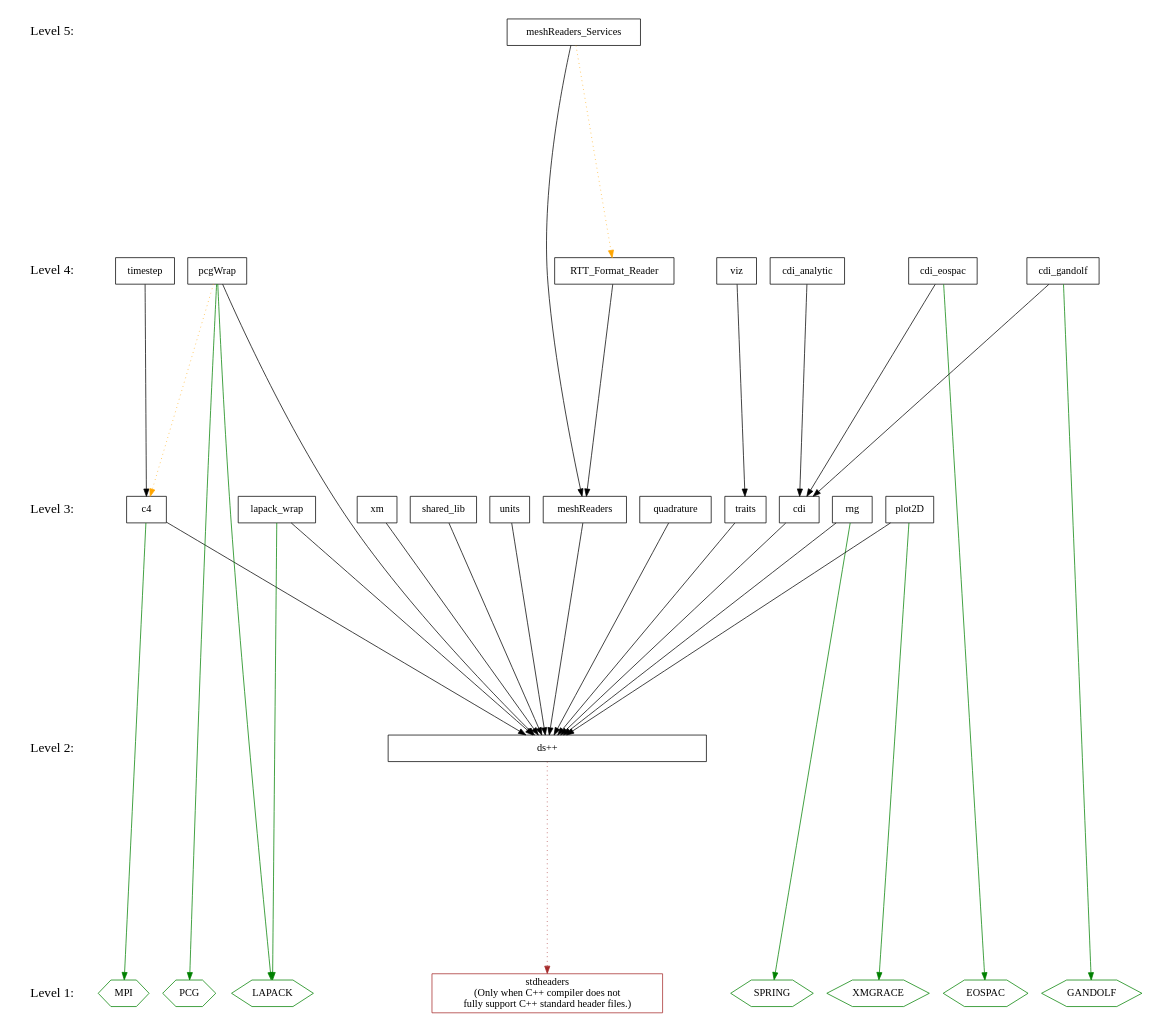
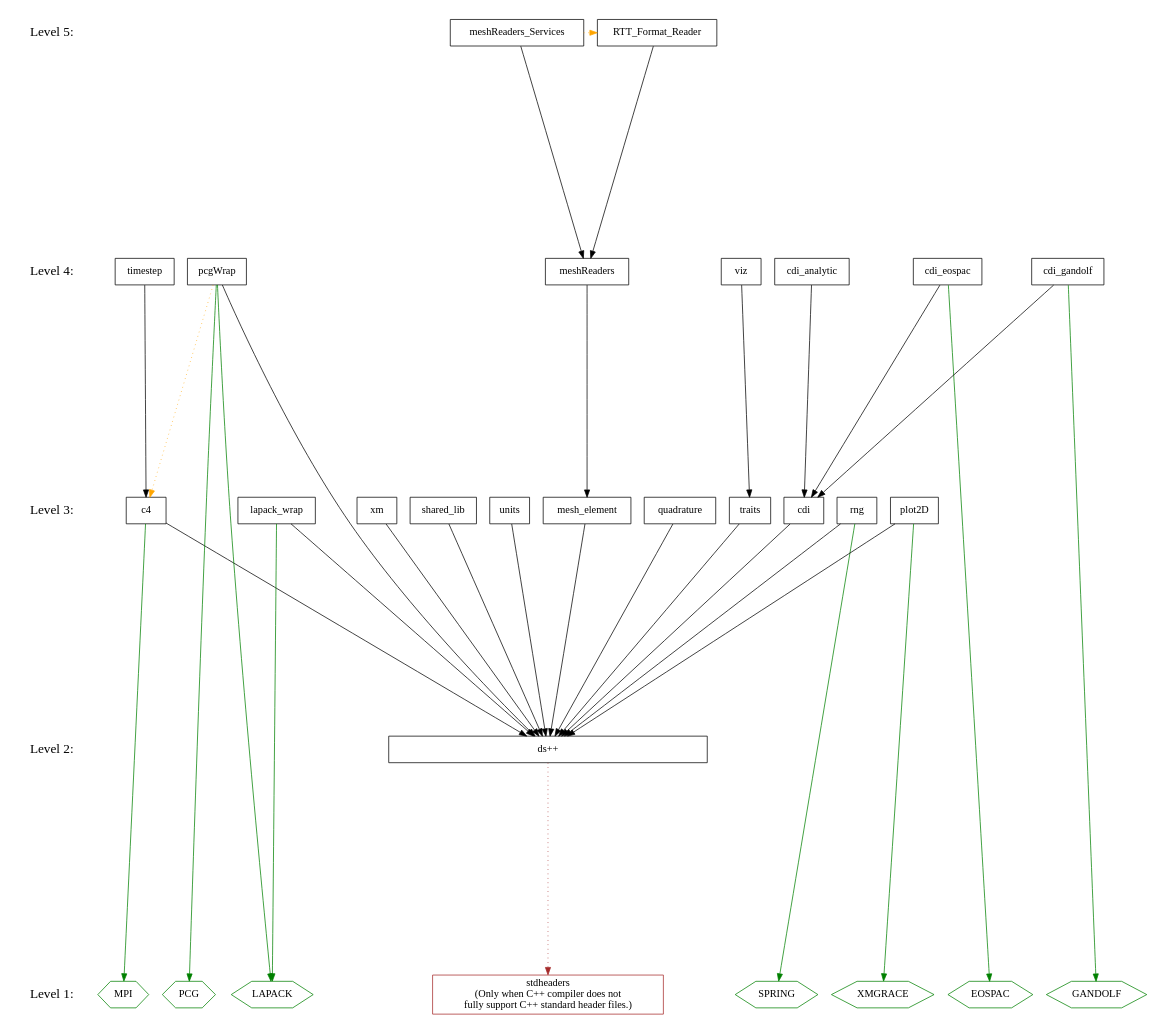
The diagram in doc/design/level.dot (losalamos/Draco), drawn with Graphviz before and after one commit. The commit also changed 1 other file, not shown here.

Commit message:
o Modified levelization diagram to include new mesh_element package.
Tracker:
Status: Open[ ] Closed[ ] Pending[ ]

```diff
--- a/doc/design/level.dot
+++ b/doc/design/level.dot
@@ -1,106 +1,108 @@
 digraph draco_level {
     /* graph attributes */
     center=1;
     size="7.5,10";
     ranksep=4;
     
     /* levels */
     level1 [shape=plaintext, label="Level 1:", fontsize=18];
     level2 [shape=plaintext, label="Level 2:", fontsize=18];
     level3 [shape=plaintext, label="Level 3:", fontsize=18];
     level4 [shape=plaintext, label="Level 4:", fontsize=18];
     level5 [shape=plaintext, label="Level 5:", fontsize=18];
     
     level5 -> level4 -> level3 -> level2 -> level1 [style=invis];
     
     /* packages */
 
     /* level 1 */
     stdheaders [shape=box,     color=brown, label="stdheaders\n(Only when C++ compiler does not\nfully support C++ standard header files.)"];
     vmpi       [shape=hexagon, color=green, label="MPI"];
     vlapack    [shape=hexagon, color=green, label="LAPACK"];
     vpcg       [shape=hexagon, color=green, label="PCG"];
     vgandolf   [shape=hexagon, color=green, label="GANDOLF"];
     veospac    [shape=hexagon, color=green, label="EOSPAC"];
     vgrace     [shape=hexagon, color=green, label="XMGRACE"];
     vspring    [shape=hexagon, color=green, label="SPRING"];
         
     /* level 2 */
     dsxx [shape=box, label="ds++", width=6];
     
     /* level 3 */
     traits [shape=box, label="traits"];
     xm [shape=box, label="xm"];
     c4 [shape=box, label="c4"];
     rng [shape=box, label="rng"];
     units [shape=box, label="units"];
     cdi [shape=box, label="cdi"];
     quad [shape=box, label="quadrature"];
-    meshread [shape=box, label="meshReaders"];
+    meshelement [shape=box, label="mesh_element"];
     plot [shape=box, label="plot2D"];
     lapack [shape=box, label="lapack_wrap"];
     shlib [shape=box, label="shared_lib"];
     
     /* level 4 */
     viz [shape=box, label="viz"];
     timestep [shape=box, label="timestep"];
     cdianal [shape=box, label="cdi_analytic"];
     cdieos [shape=box, label="cdi_eospac"];
     cdigan [shape=box, label="cdi_gandolf"];
     pcg [shape=box, label="pcgWrap"];
-    rttread [shape=box, label="RTT_Format_Reader"];
+    meshread [shape=box, label="meshReaders"];
     
     /* level 5 */
     meshservice [shape=box, label="meshReaders_Services"];
+    rttread     [shape=box, label="RTT_Format_Reader"];
     
     /* dependencies */
     {rank=same; level1 stdheaders vlapack vpcg vmpi veospac  vgandolf vgrace vspring};
     {rank=same; level2 dsxx};
-    {rank=same; level3 shlib plot lapack traits xm c4 rng units meshread cdi quad};
-    {rank=same; level4 rttread viz timestep cdianal cdieos cdigan pcg};
-    {rank=same; level5 meshservice};
+    {rank=same; level3 shlib plot lapack traits xm c4 rng units cdi quad meshelement};
+    {rank=same; level4 viz timestep cdianal cdieos cdigan pcg meshread};
+    {rank=same; level5 rttread meshservice};
     
     /* draco packages */
 
     /* NOTE:  hidden dependencies are in comments at the end of each line.
      * For example if a package depends on c4 it implicitly depends on dsxx
      * as well.  The dependency on dsxx is not shown explicitly on the
      * graph. 
     
     /* level 2 */
     dsxx -> {stdheaders}   [color="brown" style=dotted];
     
     /* level 3 */
     xm          -> {dsxx};
     units       -> {dsxx};
     traits      -> {dsxx};
     c4          -> {dsxx};
     c4          -> {vmpi}    [color="green"];
     rng         -> {dsxx};
     rng         -> {vspring} [color="green"];
     cdi         -> {dsxx};
-    meshread    -> {dsxx};
+    meshelement -> {dsxx};
     quad        -> {dsxx};
     plot        -> {dsxx};
     plot        -> {vgrace}  [color="green"];
     lapack      -> {dsxx};
     lapack      -> {vlapack} [color="green"];
     shlib       -> {dsxx};
     
     /* level 4 */
     viz         -> {traits};      /* traits: dsxx */
     timestep    -> {c4};          /* c4      : dsxx */
     pcg         -> {dsxx};
     pcg         -> {vlapack vpcg} [color="green"];
     pcg         -> {c4}           [color="orange" style=dotted];
     cdianal     -> {cdi};         /* cdi     : dsxx */
     cdieos      -> {cdi};         /* cdi     : dsxx */
     cdieos      -> {veospac}      [color="green"]; 
     cdigan      -> {cdi};         /* cdi     : dsxx */
     cdigan      -> {vgandolf}     [color="green"];
-    rttread     -> {meshread};    /* meshread: dsxx */
+    meshread    -> {meshelement};
 
     /* level 5 */
     meshservice -> {meshread};           /* meshread: dsxx */
     meshservice -> {rttread} [color="orange" style=dotted];
+    rttread     -> {meshread};           /* meshread: dsxx */
 }
```
